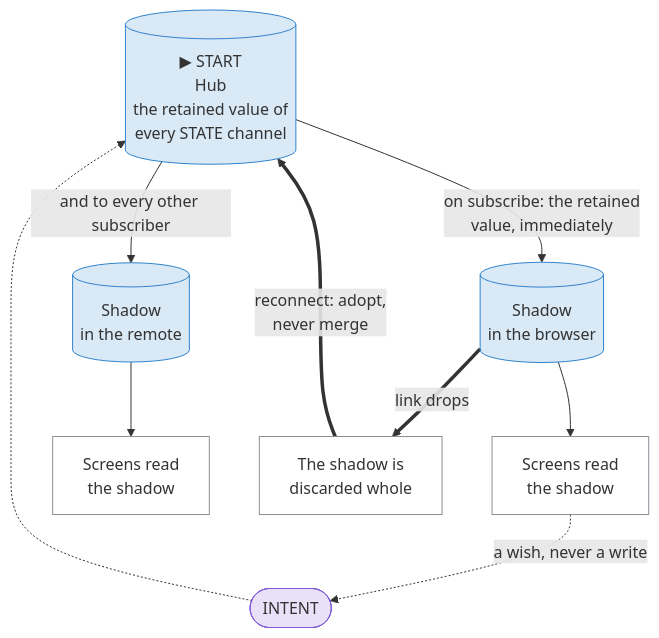
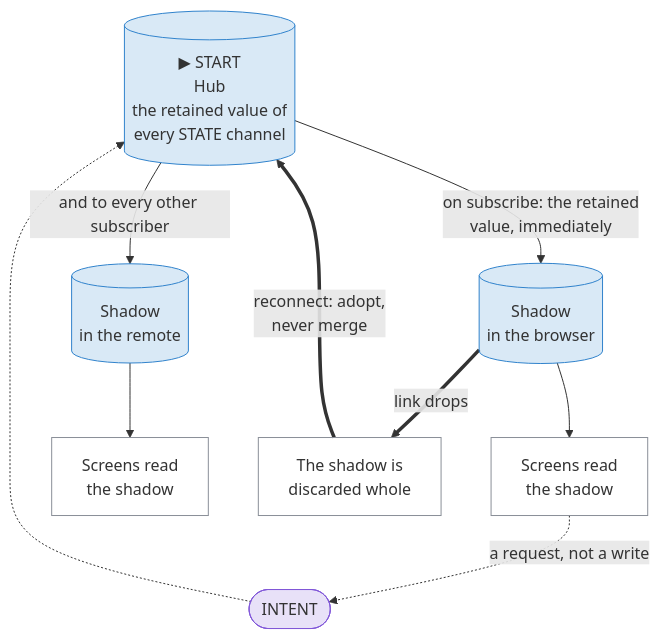
The fifth of 7 diagrams in docs-site/docs/understand/how-it-works.md (openvalence/Valence), drawn with Mermaid before and after one commit. The commit also changed other lines of this file and 66 other files, not shown here.

````diff
--- a/docs-site/docs/understand/how-it-works.md
+++ b/docs-site/docs/understand/how-it-works.md
@@ -210,20 +201,20 @@
 ```mermaid
 flowchart TD
     H[("▶ START<br/>Hub<br/>the retained value of<br/>every STATE channel")]:::truth
 
     H -->|"on subscribe: the retained<br/>value, immediately"| S1[("Shadow<br/>in the browser")]:::truth
     H -->|"and to every other subscriber"| S2[("Shadow<br/>in the remote")]:::truth
 
     S1 --> V1["Screens read<br/>the shadow"]:::party
     S2 --> V2["Screens read<br/>the shadow"]:::party
 
-    V1 -.->|"a wish, never a write"| I(["INTENT"]):::wish
+    V1 -.->|"a request, not a write"| I(["INTENT"]):::wish
     I -.-> H
 
     S1 ==>|"link drops"| X["The shadow is<br/>discarded whole"]:::party
     X ==>|"reconnect: adopt,<br/>never merge"| H
 
     classDef truth fill:#3183cc2e,stroke:#3183cc
     classDef wish fill:#8158d82e,stroke:#8158d8
     classDef party fill:none,stroke:#8a8f98
 ```
````
